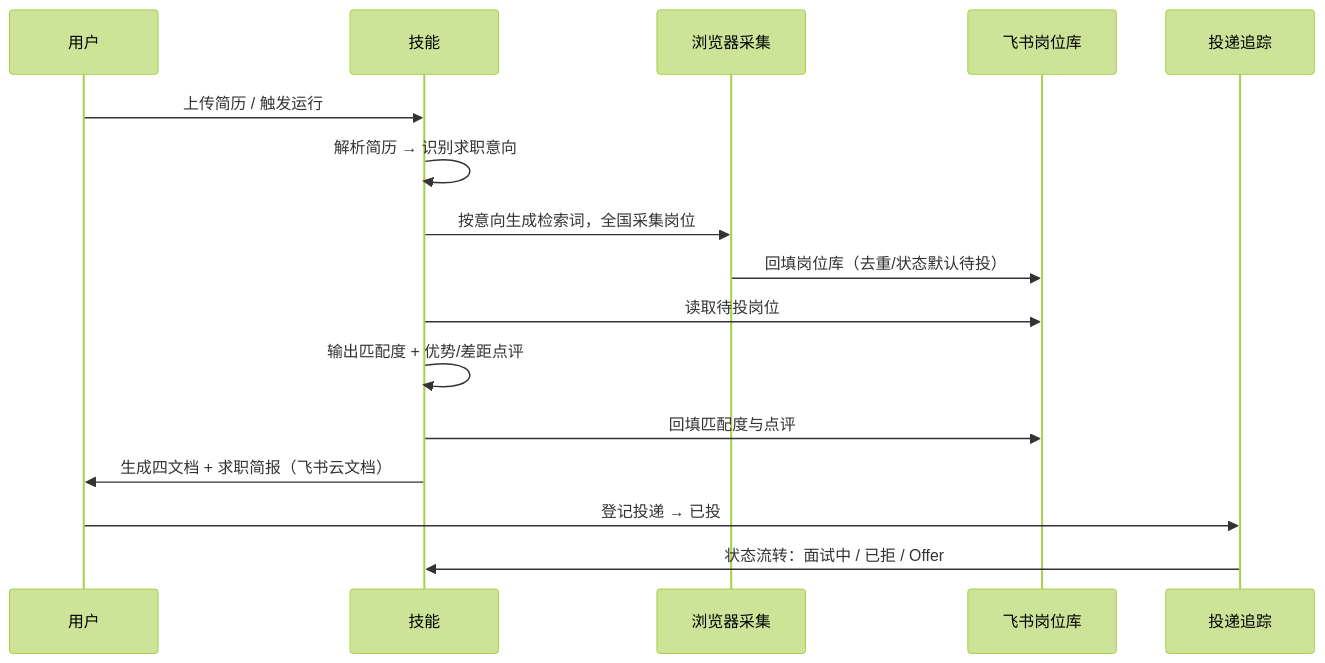
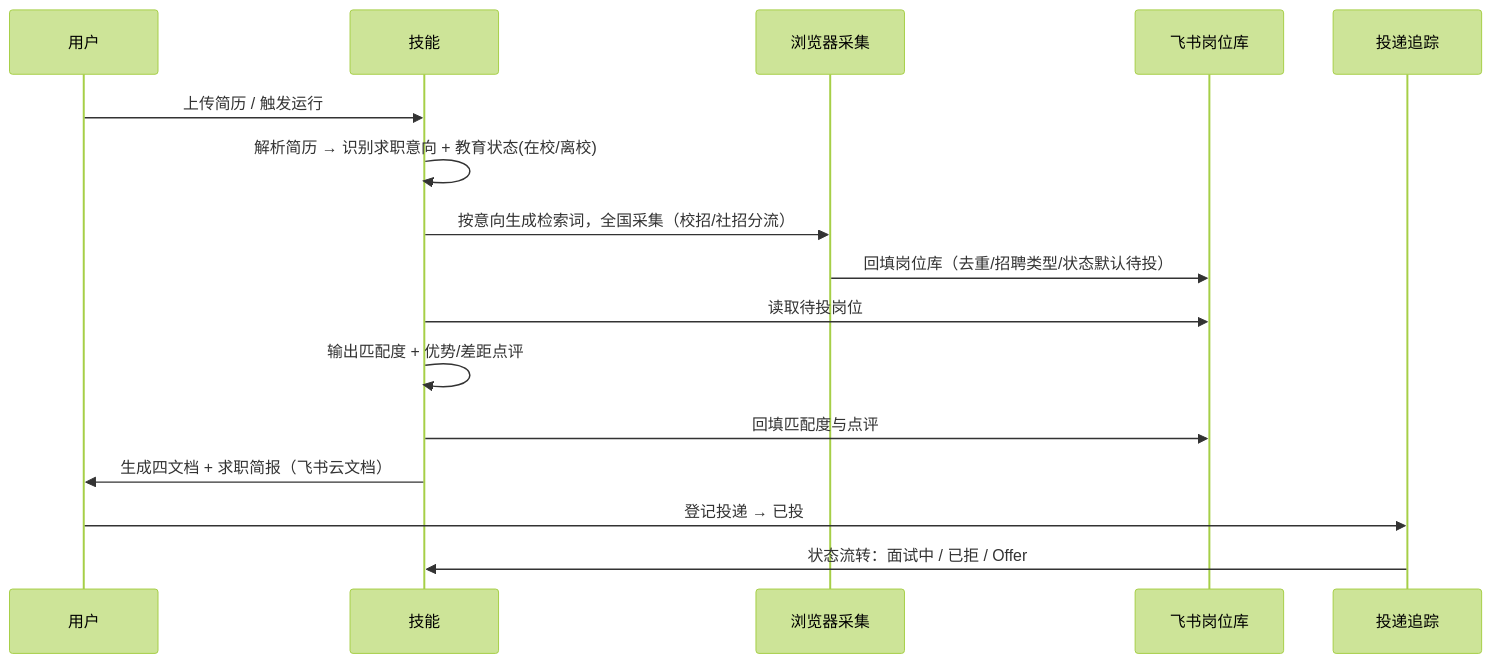
Before and after one commit to lzlin3459-hash/ai-job-manager: the second of 2 diagrams in README.md, drawn with Mermaid (forest theme). The commit also changed other lines of this file, not shown here.

````diff
--- a/README.md
+++ b/README.md
@@ -118,19 +135,19 @@
 ```mermaid
 sequenceDiagram
     participant U as 用户
     participant S as 技能
     participant W as 浏览器采集
     participant B as 飞书岗位库
     participant T as 投递追踪
 
     U->>S: 上传简历 / 触发运行
-    S->>S: 解析简历 → 识别求职意向
-    S->>W: 按意向生成检索词，全国采集岗位
-    W->>B: 回填岗位库（去重/状态默认待投）
+    S->>S: 解析简历 → 识别求职意向 + 教育状态(在校/离校)
+    S->>W: 按意向生成检索词，全国采集（校招/社招分流）
+    W->>B: 回填岗位库（去重/招聘类型/状态默认待投）
     S->>B: 读取待投岗位
     S->>S: 输出匹配度 + 优势/差距点评
     S->>B: 回填匹配度与点评
     S->>U: 生成四文档 + 求职简报（飞书云文档）
     U->>T: 登记投递 → 已投
     T->>S: 状态流转：面试中 / 已拒 / Offer
 ```
````
